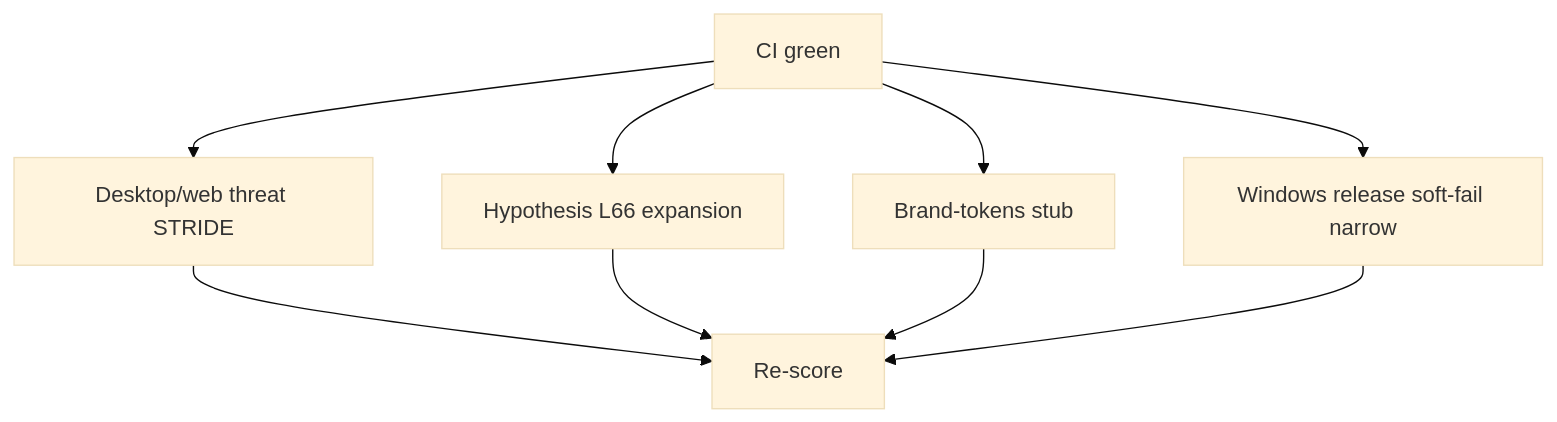
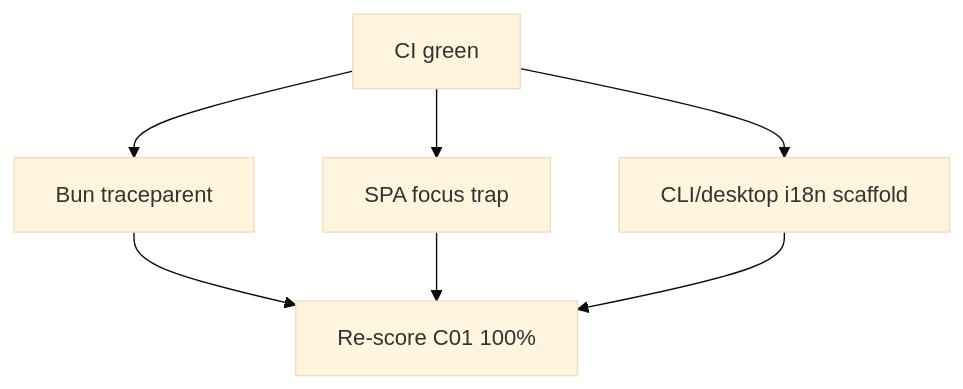
Before and after one commit to KooshaPari/Melosviz: the diagram in docs/WORK_DAG.md, drawn with Mermaid (base theme). The commit also changed other lines of this file and 26 other files, not shown here.

First line of the commit message:
feat: Bun traceparent, SPA focus polish, CLI/desktop i18n scaffold

````diff
--- a/docs/WORK_DAG.md
+++ b/docs/WORK_DAG.md
@@ -5,11 +5,9 @@
 ```mermaid
 flowchart TD
-  A[CI green] --> B[Desktop/web threat STRIDE]
-  A --> C[Hypothesis L66 expansion]
-  A --> D[Brand-tokens stub]
-  A --> E[Windows release soft-fail narrow]
-  B --> F[Re-score]
-  C --> F
-  D --> F
-  E --> F
+  A[CI green] --> B[Bun traceparent]
+  A --> C[SPA focus trap]
+  A --> D[CLI/desktop i18n scaffold]
+  B --> E[Re-score C01 100%]
+  C --> E
+  D --> E
 ```
````
